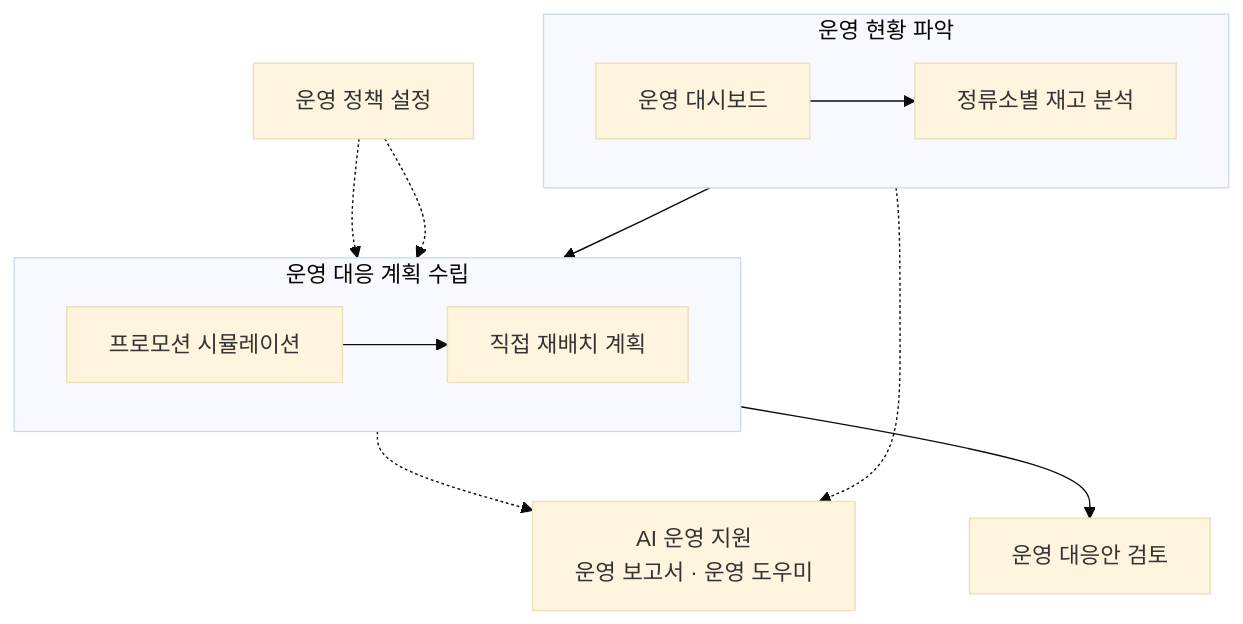
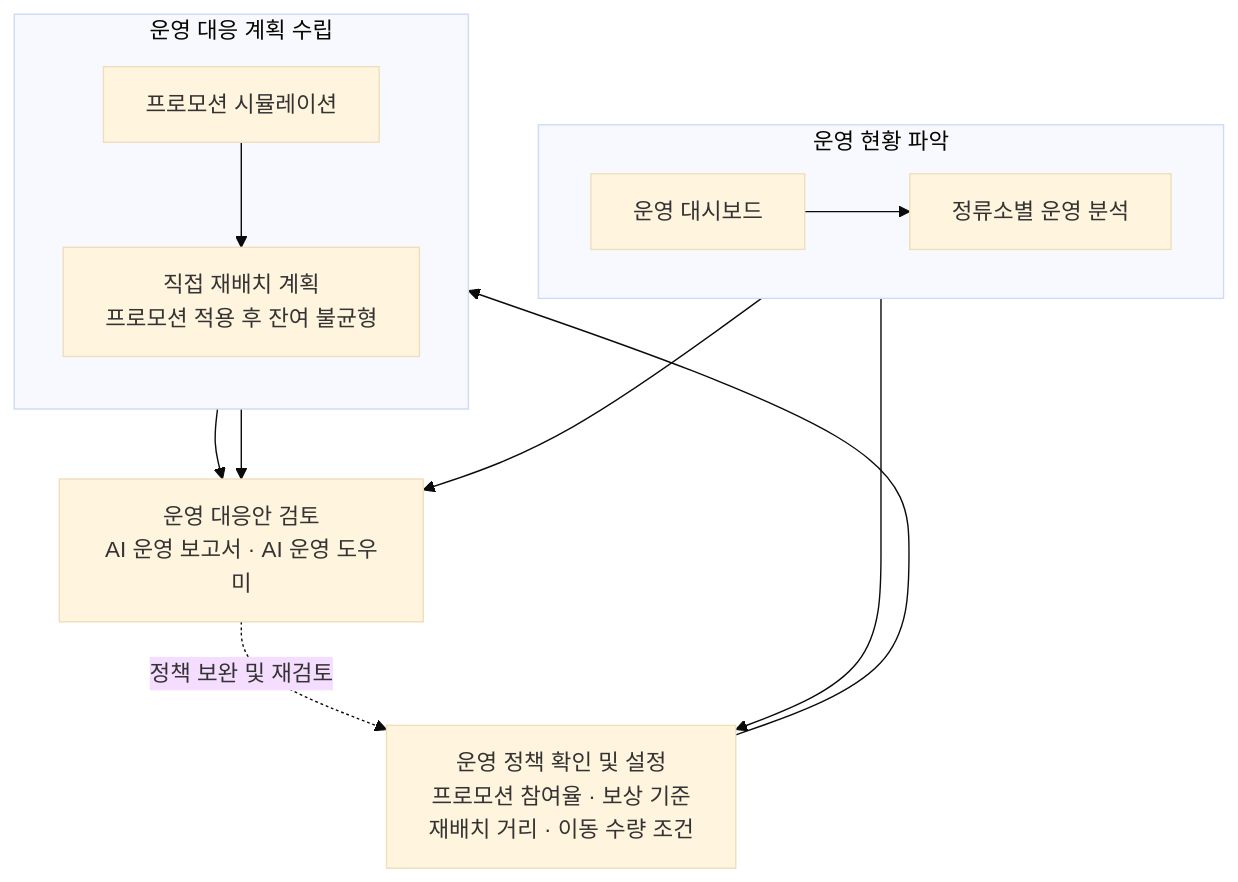
The first of 2 diagrams in readme.md (DDylan05/GoruFleet), drawn with Mermaid (base theme) before and after one commit.

````diff
--- a/readme.md
+++ b/readme.md
@@ -78,33 +78,32 @@
 ```mermaid
 flowchart TB
 
     subgraph MONITOR["운영 현황 파악"]
         direction LR
         DASH["운영 대시보드"]
-        ANALYSIS["정류소별 재고 분석"]
+        STATION["정류소별 운영 분석"]
 
-        DASH --> ANALYSIS
+        DASH --> STATION
     end
 
+    POLICY["운영 정책 확인 및 설정<br/>프로모션 참여율 · 보상 기준<br/>재배치 거리 · 이동 수량 조건"]
+
     subgraph PLAN["운영 대응 계획 수립"]
-        direction LR
+        direction TB
         PROMO["프로모션 시뮬레이션"]
-        RELOC["직접 재배치 계획"]
+        RELOC["직접 재배치 계획<br/>프로모션 적용 후 잔여 불균형"]
 
         PROMO --> RELOC
     end
 
-    REVIEW["운영 대응안 검토"]
+    REVIEW["운영 대응안 검토<br/>AI 운영 보고서 · AI 운영 도우미"]
 
-    POLICY["운영 정책 설정"]
-    AI["AI 운영 지원<br/>운영 보고서 · 운영 도우미"]
+    STATION --> POLICY
+    POLICY --> PROMO
 
-    ANALYSIS --> PROMO
+    STATION --> REVIEW
+    PROMO --> REVIEW
     RELOC --> REVIEW
 
-    POLICY -.-> PROMO
-    POLICY -.-> RELOC
-
-    ANALYSIS -.-> AI
-    RELOC -.-> AI
+    REVIEW -.->|정책 보완 및 재검토| POLICY
 ```
````
